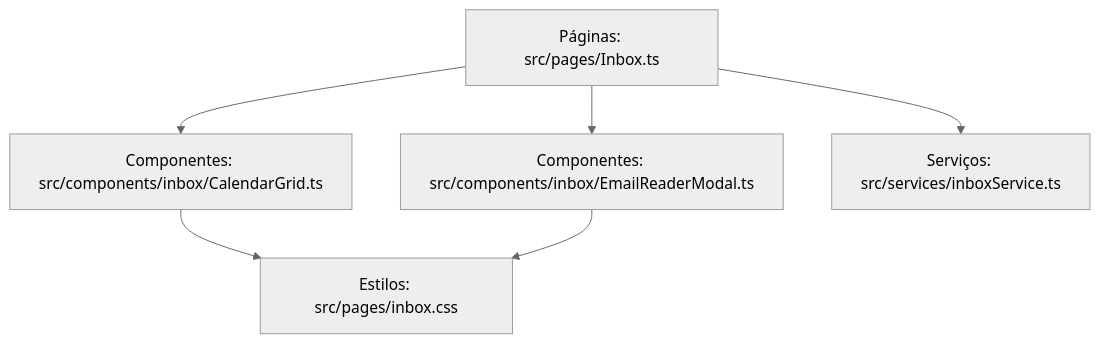
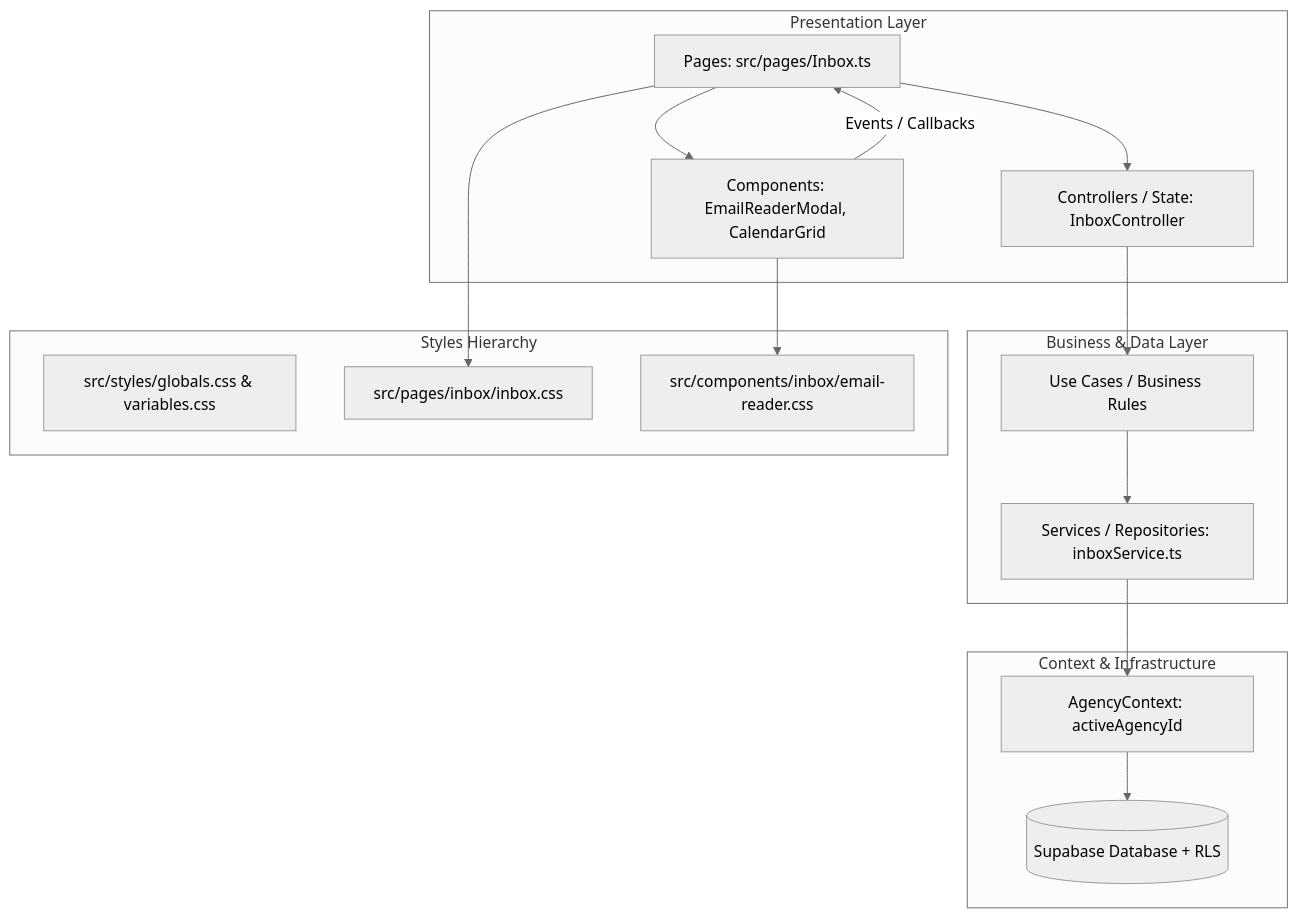
One commit to curupaco/PaxFlow changed the diagram in docs/refactoring_plan.md. Above: the diagram before and after it, drawn with Mermaid (neutral theme). The commit also changed other lines of this file, not shown here.

Commit message:
refactor: update refactoring plan documentation with modular architecture guidelines and directory structure v2.0

````diff
--- a/docs/refactoring_plan.md
+++ b/docs/refactoring_plan.md
@@ -21,8 +45,24 @@
 ```mermaid
 graph TD
-    A[Páginas: src/pages/Inbox.ts] --> B[Componentes: src/components/inbox/CalendarGrid.ts]
-    A --> C[Componentes: src/components/inbox/EmailReaderModal.ts]
-    A --> D[Serviços: src/services/inboxService.ts]
-    B --> E[Estilos: src/pages/inbox.css]
-    C --> E
+    subgraph Presentation Layer
+        P[Pages: src/pages/Inbox.ts] --> C[Components: EmailReaderModal, CalendarGrid]
+        P --> Ctrl[Controllers / State: InboxController]
+    end
+
+    subgraph Business & Data Layer
+        Ctrl --> UC[Use Cases / Business Rules]
+        UC --> S[Services / Repositories: inboxService.ts]
+        C -->|Events / Callbacks| P
+    end
+
+    subgraph Context & Infrastructure
+        S --> AC[AgencyContext: activeAgencyId]
+        AC --> DB[(Supabase Database + RLS)]
+    end
+
+    subgraph Styles Hierarchy
+        G[src/styles/globals.css & variables.css]
+        P --> PC[src/pages/inbox/inbox.css]
+        C --> CC[src/components/inbox/email-reader.css]
+    end
 ```
````
